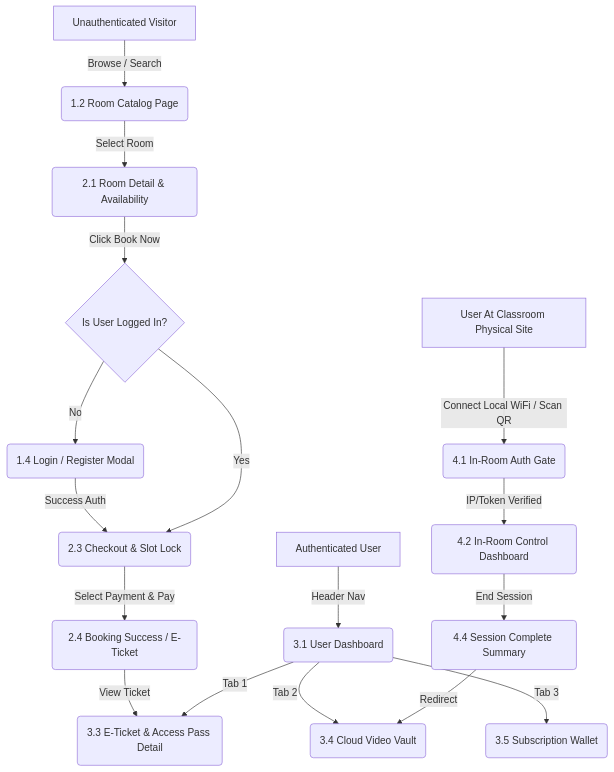
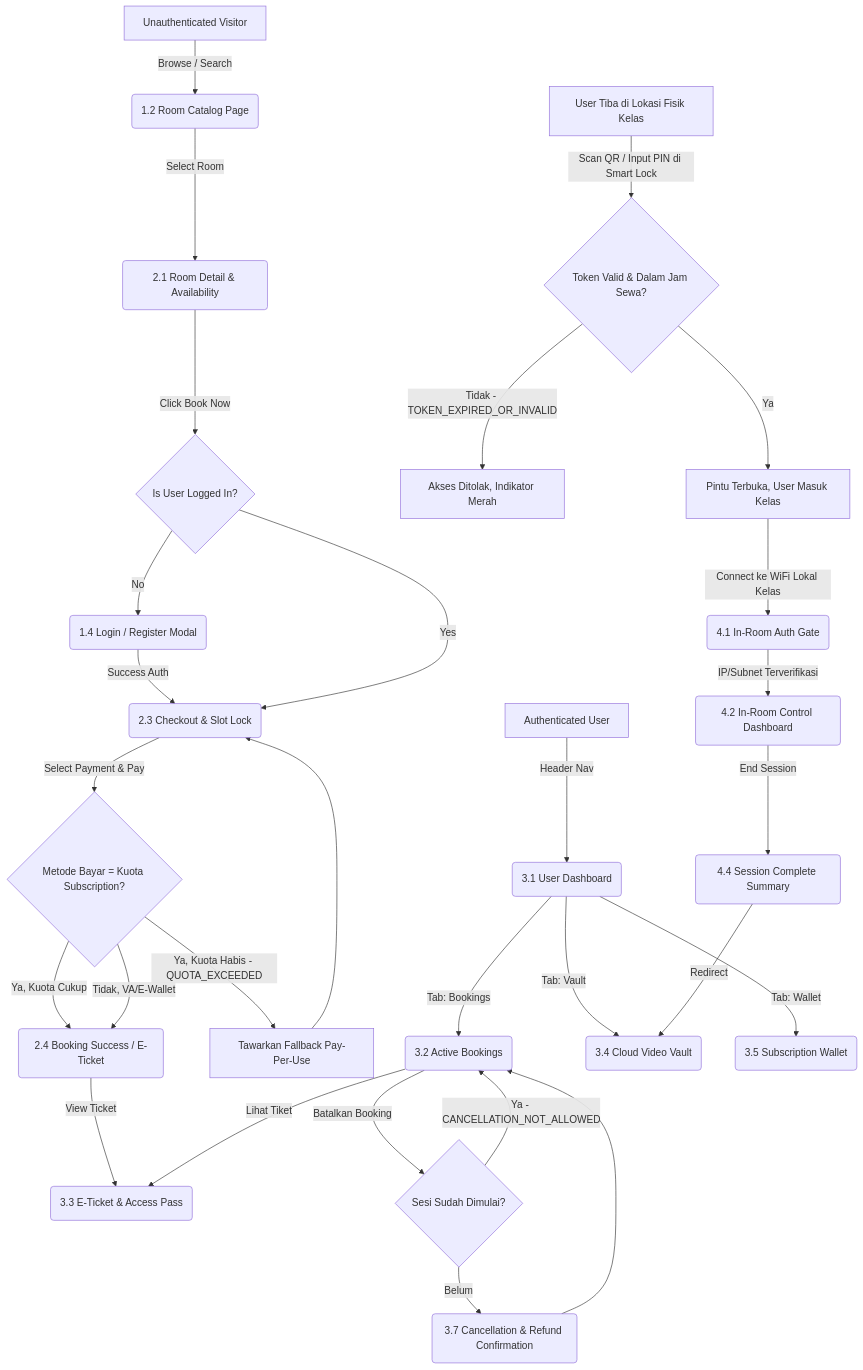
The first of 3 diagrams in docs/04_InformationArchitecture.md (hudsam/vc-classroom), drawn with Mermaid before and after one commit. The commit also changed other lines of this file, not shown here.

````diff
--- a/docs/04_InformationArchitecture.md
+++ b/docs/04_InformationArchitecture.md
@@ -54,26 +87,39 @@
 ```mermaid
 graph TD
     %% Nodes Def
     A[Unauthenticated Visitor] -->|Browse / Search| B(1.2 Room Catalog Page)
     B -->|Select Room| C(2.1 Room Detail & Availability)
     C -->|Click Book Now| D{Is User Logged In?}
     
     D -->|No| E(1.4 Login / Register Modal)
     E -->|Success Auth| F(2.3 Checkout & Slot Lock)
     D -->|Yes| F
     
-    F -->|Select Payment & Pay| G(2.4 Booking Success / E-Ticket)
-    G -->|View Ticket| H(3.3 E-Ticket & Access Pass Detail)
+    F -->|Select Payment & Pay| PayCheck{Metode Bayar = Kuota Subscription?}
+    PayCheck -->|Ya, Kuota Cukup| G(2.4 Booking Success / E-Ticket)
+    PayCheck -->|Ya, Kuota Habis - QUOTA_EXCEEDED| F2[Tawarkan Fallback Pay-Per-Use]
+    F2 --> F
+    PayCheck -->|Tidak, VA/E-Wallet| G
+    
+    G -->|View Ticket| H(3.3 E-Ticket & Access Pass)
     
     %% Dashboard Context
     I[Authenticated User] -->|Header Nav| J(3.1 User Dashboard)
-    J -->|Tab 1| H
-    J -->|Tab 2| K(3.4 Cloud Video Vault)
-    J -->|Tab 3| L(3.5 Subscription Wallet)
+    J -->|Tab: Bookings| K2(3.2 Active Bookings)
+    K2 -->|Lihat Tiket| H
+    K2 -->|Batalkan Booking| CancelChk{Sesi Sudah Dimulai?}
+    CancelChk -->|Ya - CANCELLATION_NOT_ALLOWED| K2
+    CancelChk -->|Belum| K3(3.7 Cancellation & Refund Confirmation)
+    K3 --> K2
+    J -->|Tab: Vault| K(3.4 Cloud Video Vault)
+    J -->|Tab: Wallet| L(3.5 Subscription Wallet)
     
-    %% In-Room Context
-    M[User At Classroom Physical Site] -->|Connect Local WiFi / Scan QR| N(4.1 In-Room Auth Gate)
-    N -->|IP/Token Verified| O(4.2 In-Room Control Dashboard)
+    %% In-Room Context — dipisah eksplisit: unlock pintu fisik (kanal MQTT) vs akses dashboard (kanal HTTP/WiFi)
+    M[User Tiba di Lokasi Fisik Kelas] -->|Scan QR / Input PIN di Smart Lock| M2{Token Valid & Dalam Jam Sewa?}
+    M2 -->|Tidak - TOKEN_EXPIRED_OR_INVALID| M4[Akses Ditolak, Indikator Merah]
+    M2 -->|Ya| M3[Pintu Terbuka, User Masuk Kelas]
+    M3 -->|Connect ke WiFi Lokal Kelas| N(4.1 In-Room Auth Gate)
+    N -->|IP/Subnet Terverifikasi| O(4.2 In-Room Control Dashboard)
     O -->|End Session| P(4.4 Session Complete Summary)
     P -->|Redirect| K
 ```
````
